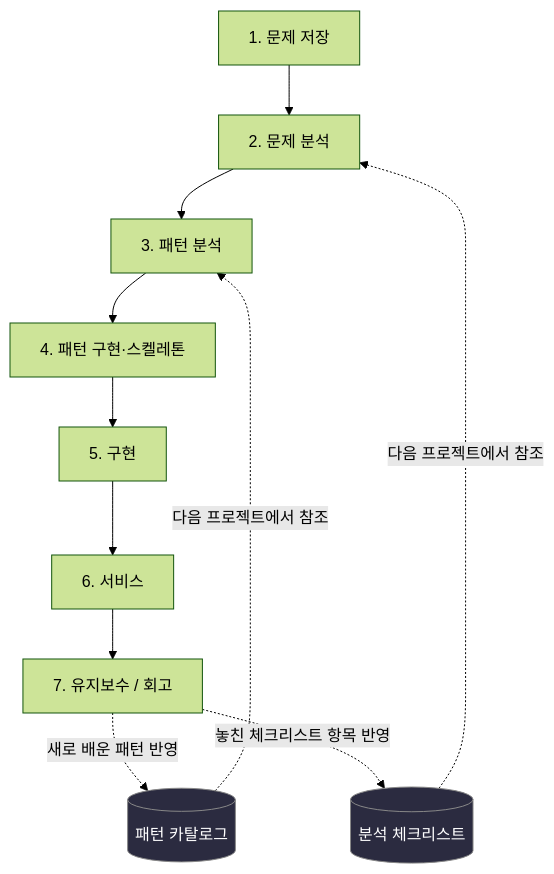
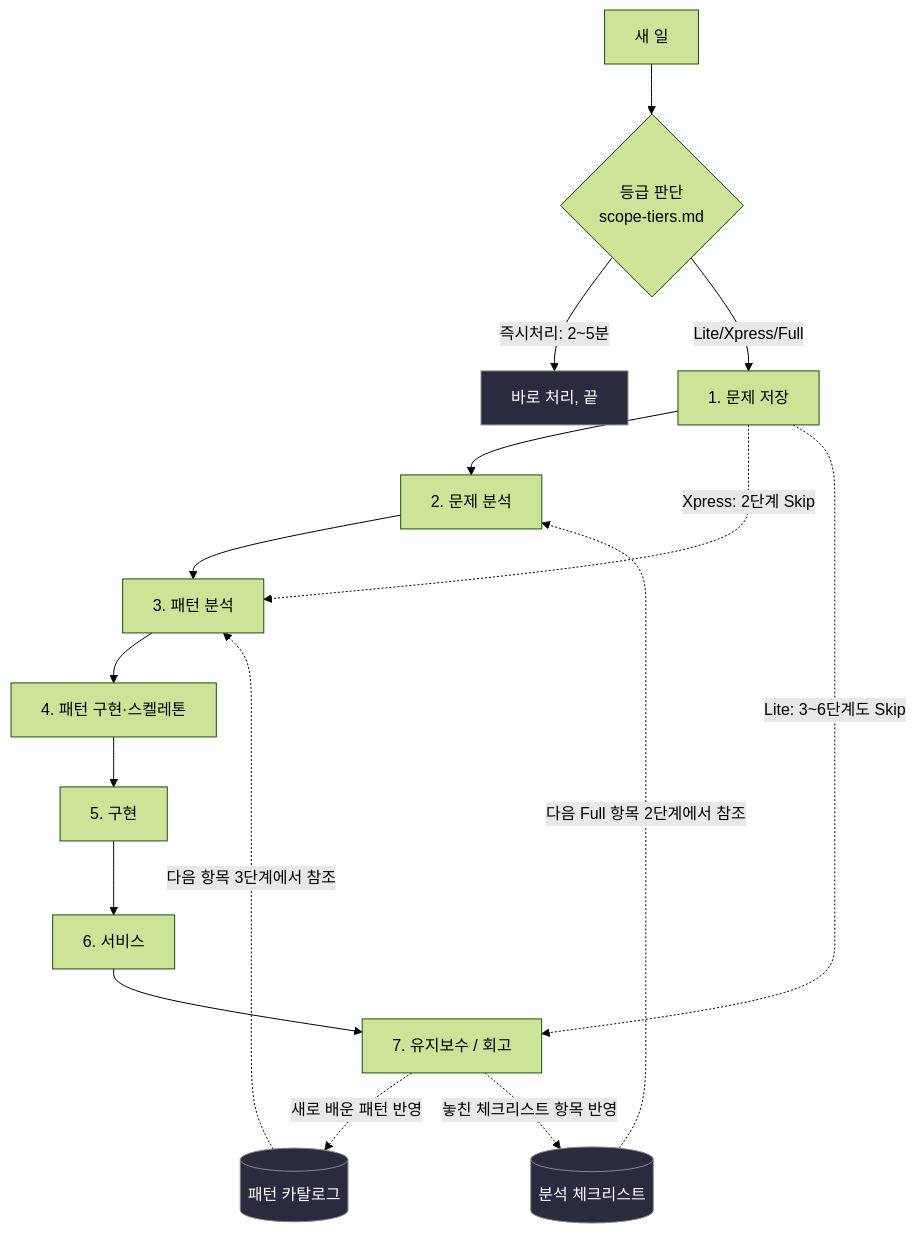
One commit to gamercross/my-dev-process changed the first of 2 diagrams in docs/00-overview/README.md. Above: the diagram before and after it, drawn with Mermaid (forest theme). The commit also changed other lines of this file, not shown here.

First line of the commit message:
docs(00-overview): make the main diagram reflect scope tiers

````diff
--- a/docs/00-overview/README.md
+++ b/docs/00-overview/README.md
@@ -30,17 +30,25 @@
 ```mermaid
 flowchart TD
-    S1[1. 문제 저장] --> S2[2. 문제 분석]
+    N[새 일] --> T{등급 판단<br/>scope-tiers.md}
+    T -->|즉시처리: 2~5분| END0[바로 처리, 끝]
+
+    T -->|Lite/Xpress/Full| S1[1. 문제 저장]
+    S1 --> S2[2. 문제 분석]
     S2 --> S3[3. 패턴 분석]
     S3 --> S4[4. 패턴 구현·스켈레톤]
     S4 --> S5[5. 구현]
     S5 --> S6[6. 서비스]
     S6 --> S7[7. 유지보수 / 회고]
 
+    S1 -.Xpress: 2단계 Skip.-> S3
+    S1 -.Lite: 3~6단계도 Skip.-> S7
+
     S7 -. 새로 배운 패턴 반영 .-> CAT[(패턴 카탈로그)]
     S7 -. 놓친 체크리스트 항목 반영 .-> CHK[(분석 체크리스트)]
-    CAT -. 다음 프로젝트에서 참조 .-> S3
-    CHK -. 다음 프로젝트에서 참조 .-> S2
+    CAT -. 다음 항목 3단계에서 참조 .-> S3
+    CHK -. 다음 Full 항목 2단계에서 참조 .-> S2
 
     style CAT fill:#2b2b40,stroke:#888,color:#fff
     style CHK fill:#2b2b40,stroke:#888,color:#fff
+    style END0 fill:#2b2b40,stroke:#888,color:#fff
 ```
````
